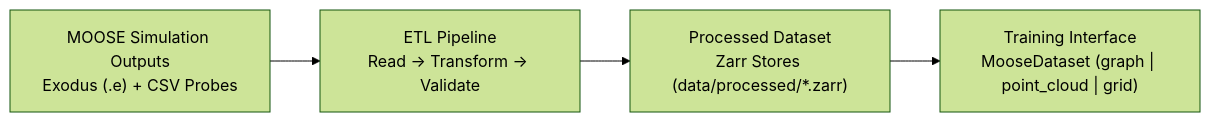
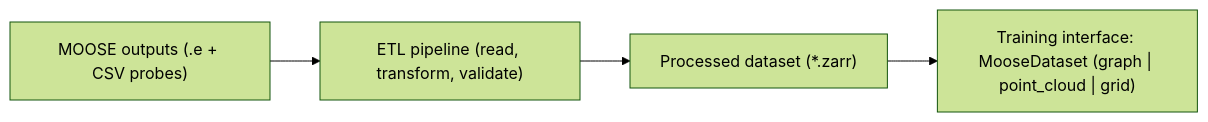
The diagram in README.md (MengnanLi91/TH_HOLO_workflow), drawn with Mermaid (forest theme) before and after one commit. The commit also changed other lines of this file and 10 other files, not shown here.

````diff
--- a/README.md
+++ b/README.md
@@ -8,6 +10,8 @@
 ```mermaid
 flowchart LR
-    A["MOOSE Simulation Outputs<br/>Exodus (.e) + CSV Probes"] --> B["ETL Pipeline<br/>Read -> Transform -> Validate"]
-    B --> C["Processed Dataset<br/>Zarr Stores (data/processed/*.zarr)"]
-    C --> D["Training Interface<br/>MooseDataset (graph | point_cloud | grid)"]
+    A["MOOSE outputs (.e + CSV probes)"]
+    B["ETL pipeline (read, transform, validate)"]
+    C["Processed dataset (*.zarr)"]
+    D["Training interface: MooseDataset (graph | point_cloud | grid)"]
+    A --> B --> C --> D
 ```
````
